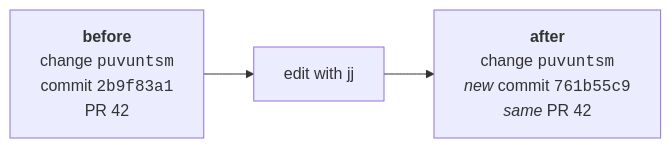
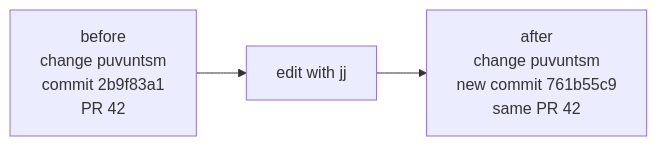
Before and after one commit to bos/jj-review: the second of 2 diagrams in docs/mental-model.md, drawn with Mermaid. The commit also changed other lines of this file and 23 other files, not shown here.

````diff
--- a/docs/mental-model.md
+++ b/docs/mental-model.md
@@ -45,7 +50,7 @@
 ```mermaid
 flowchart LR
-  Before["<b>before</b><br/>change <code>puvuntsm</code><br/>commit <code>2b9f83a1</code><br/>PR 42"]
+  Before["before<br/>change puvuntsm<br/>commit 2b9f83a1<br/>PR 42"]
   Edit["edit with jj"]
-  After["<b>after</b><br/>change <code>puvuntsm</code><br/><i>new</i> commit <code>761b55c9</code><br/><i>same</i> PR 42"]
+  After["after<br/>change puvuntsm<br/>new commit 761b55c9<br/>same PR 42"]
   Before --> Edit --> After
 ```
````
